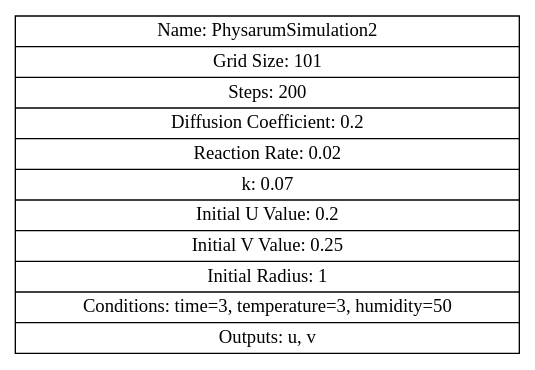
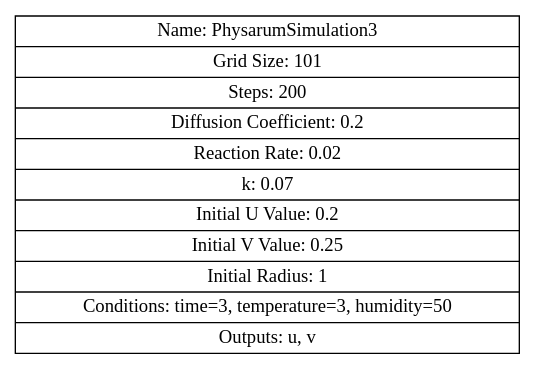
One commit to biokomputer/dsl changed the diagram in 23/physarum.dot. Above: the diagram before and after it, drawn with Graphviz. The commit also changed 5 other files, not shown here.

```diff
--- a/23/physarum.dot
+++ b/23/physarum.dot
@@ -1,17 +1,17 @@
 
     digraph G {
         node [shape=record];
         "Simulation" [label="{
-            Name: PhysarumSimulation2 |
+            Name: PhysarumSimulation3 |
             Grid Size: 101 |
             Steps: 200 |
             Diffusion Coefficient: 0.2 |
             Reaction Rate: 0.02 |
             k: 0.07 |
             Initial U Value: 0.2 |
             Initial V Value: 0.25 |
             Initial Radius: 1 |
             Conditions: time=3, temperature=3, humidity=50 |
             Outputs: u, v
         }"];
     }
```
